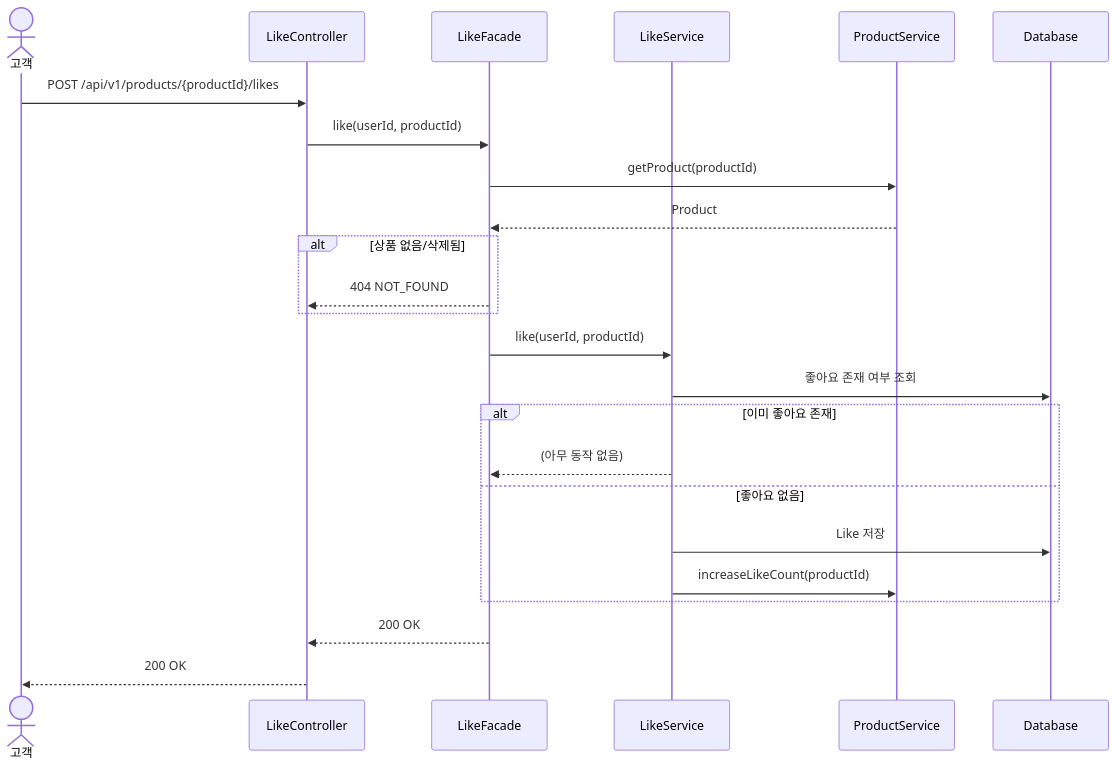
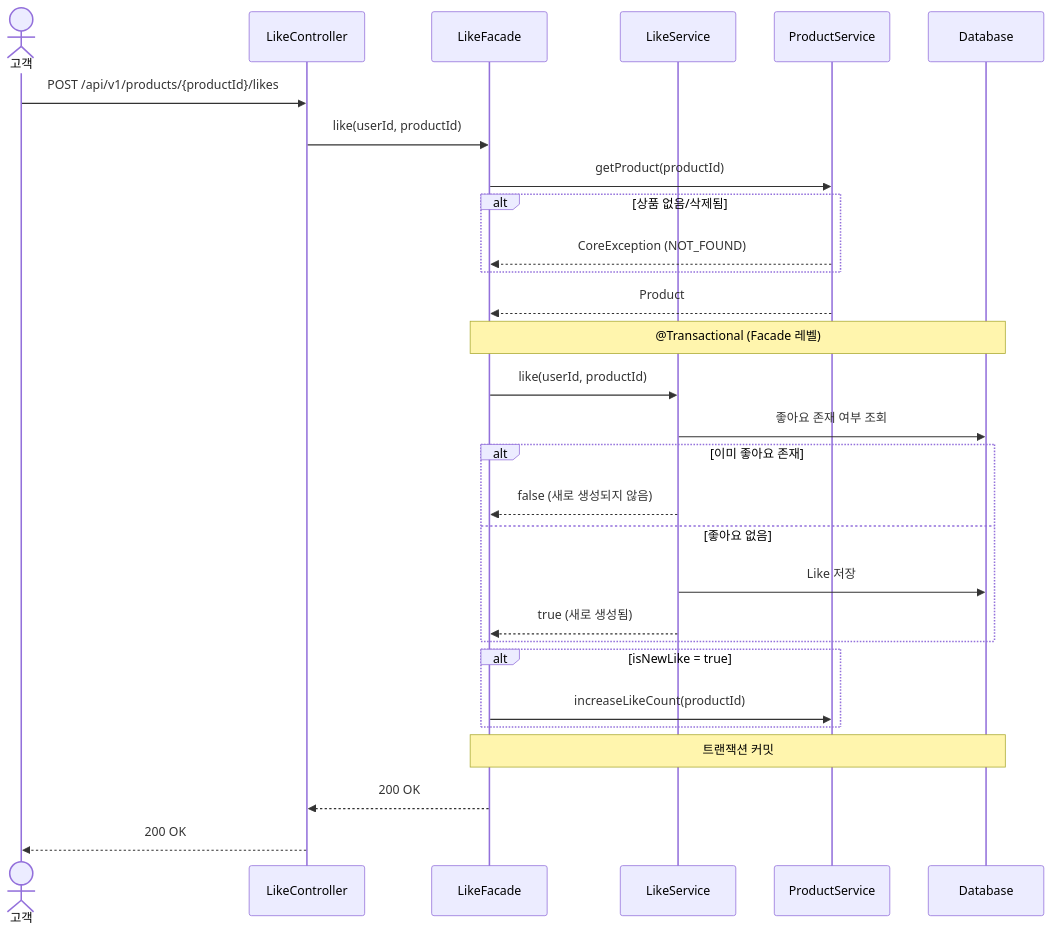
The second of 8 diagrams in docs/design/02-sequence-diagrams.md (Loopers-dev-lab/loop-pack-be-l2-vol3-kotlin), drawn with Mermaid before and after one commit. The commit also changed other lines of this file, not shown here.

First line of the commit message:
docs: 시퀀스 다이어그램 보완 — 책임 객체, 트랜잭션 경계, 누락 흐름 추가

````diff
--- a/docs/design/02-sequence-diagrams.md
+++ b/docs/design/02-sequence-diagrams.md
@@ -68,31 +69,38 @@
 ```mermaid
 sequenceDiagram
     actor C as 고객
     participant Ctrl as LikeController
     participant F as LikeFacade
     participant LS as LikeService
     participant PS as ProductService
     participant DB as Database
 
     C->>Ctrl: POST /api/v1/products/{productId}/likes
     Ctrl->>F: like(userId, productId)
     F->>PS: getProduct(productId)
+    alt 상품 없음/삭제됨
+        PS-->>F: CoreException (NOT_FOUND)
+    end
     PS-->>F: Product
 
-    alt 상품 없음/삭제됨
-        F-->>Ctrl: 404 NOT_FOUND
-    end
+    Note over F,DB: @Transactional (Facade 레벨)
 
     F->>LS: like(userId, productId)
     LS->>DB: 좋아요 존재 여부 조회
 
     alt 이미 좋아요 존재
-        LS-->>F: (아무 동작 없음)
+        LS-->>F: false (새로 생성되지 않음)
     else 좋아요 없음
         LS->>DB: Like 저장
-        LS->>PS: increaseLikeCount(productId)
+        LS-->>F: true (새로 생성됨)
     end
+
+    alt isNewLike = true
+        F->>PS: increaseLikeCount(productId)
+    end
+
+    Note over F,DB: 트랜잭션 커밋
 
     F-->>Ctrl: 200 OK
     Ctrl-->>C: 200 OK
 ```
````
